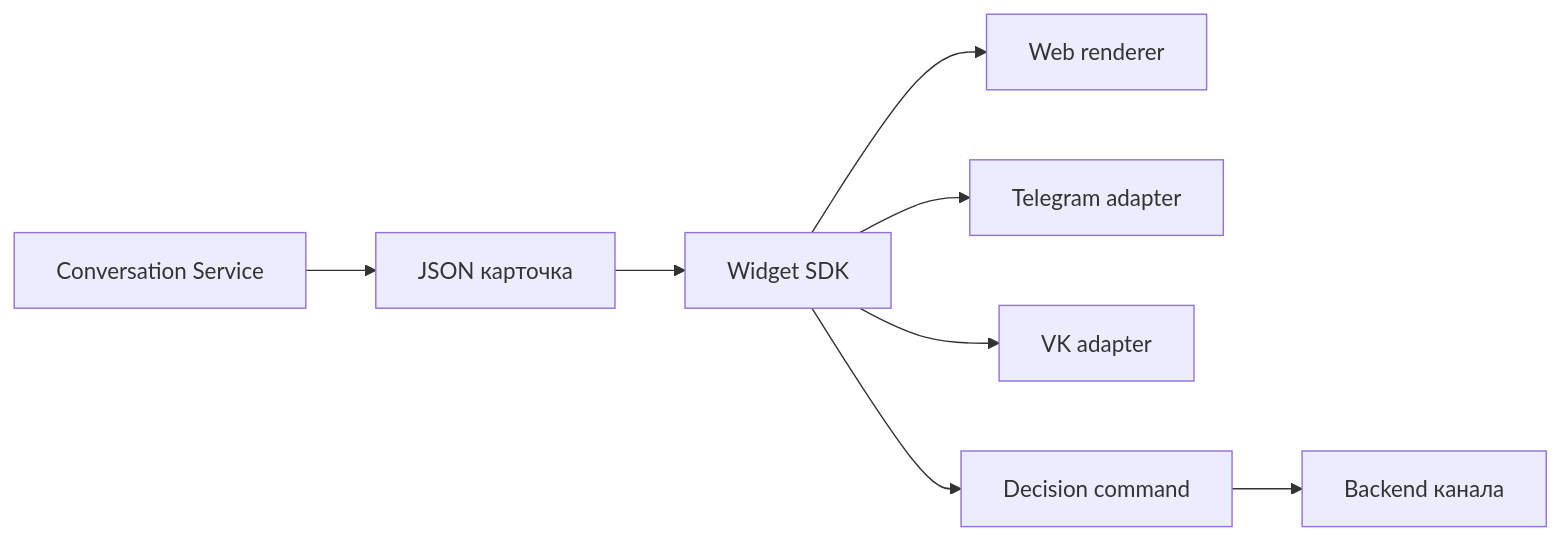
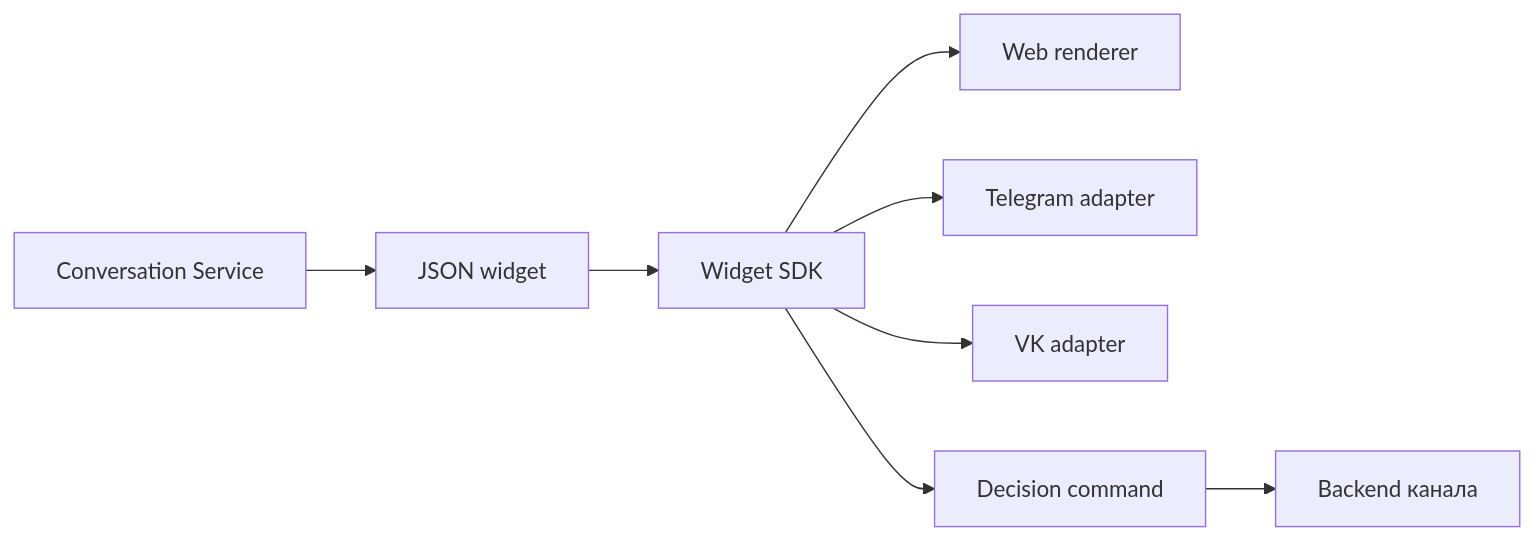
Before and after one commit to portable-agent/widget-sdk: the diagram in docs/architecture.md, drawn with Mermaid. The commit also changed other lines of this file and 18 other files, not shown here.

````diff
--- a/docs/architecture.md
+++ b/docs/architecture.md
@@ -3,10 +3,10 @@
 ```mermaid
 flowchart LR
-    Conversation[Conversation Service] --> Card[JSON карточка]
-    Card --> SDK[Widget SDK]
+    Conversation[Conversation Service] --> Widget[JSON widget]
+    Widget --> SDK[Widget SDK]
     SDK --> Web[Web renderer]
     SDK --> TG[Telegram adapter]
     SDK --> VK[VK adapter]
     SDK --> Command[Decision command]
     Command --> Backend[Backend канала]
 ```
````
